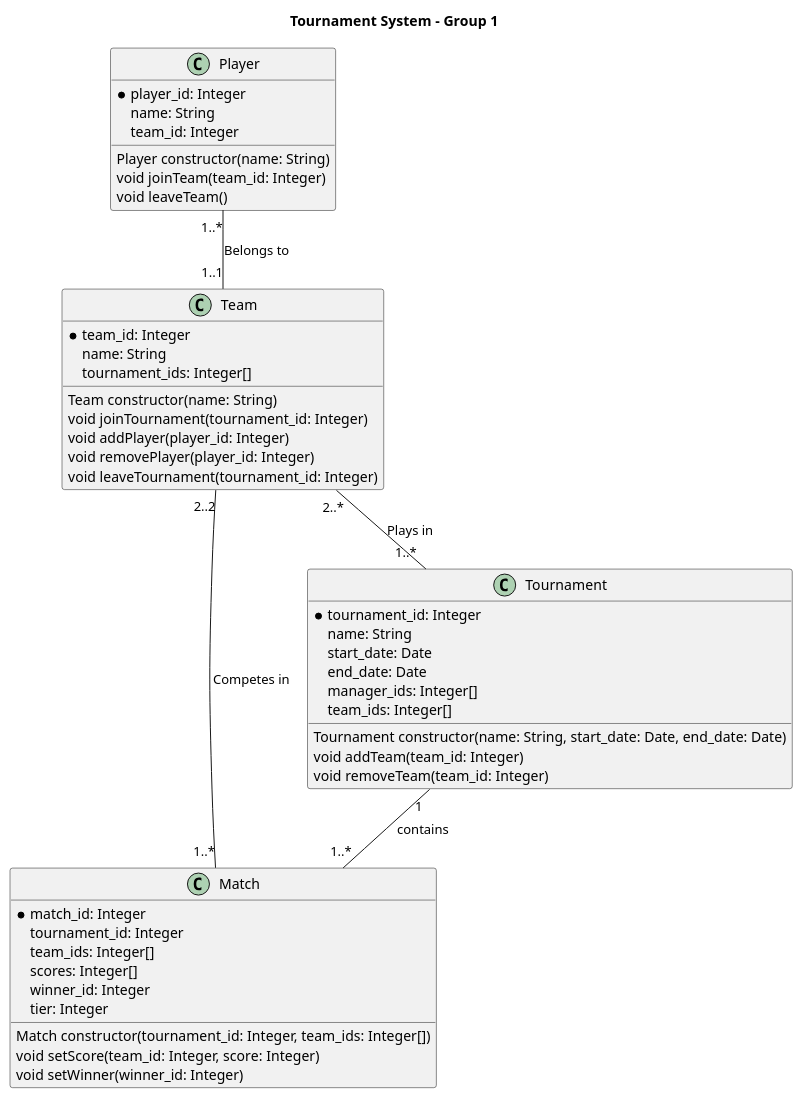
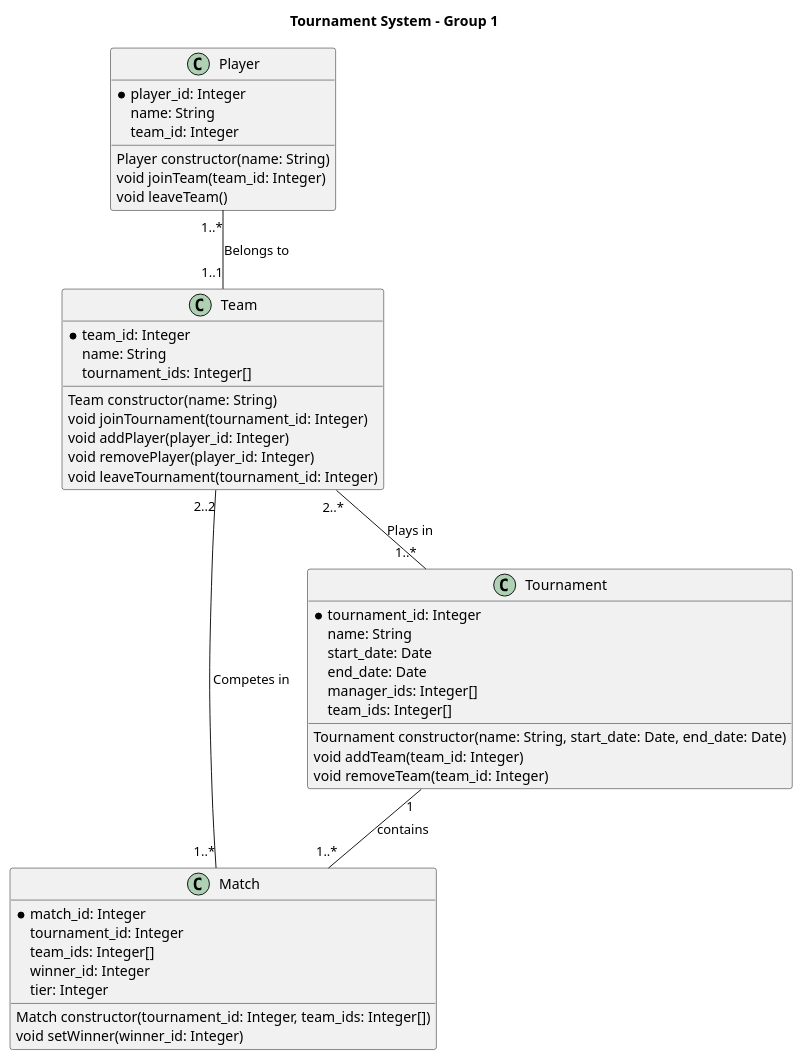
The diagram in documentation/classDiagram.puml (felixalbrigtsen/asura-tmdb), drawn with PlantUML before and after one commit. The commit also changed 1 other file, not shown here.

Commit message:
Update diagrams after superviser feedback

```diff
--- a/documentation/classDiagram.puml
+++ b/documentation/classDiagram.puml
@@ -1,60 +1,58 @@
 @startuml Tournament System
 ' Internal development class diagram
 ' Describes database fields and object methods required
 title Tournament System - Group 1 
 
 class Match {
     *match_id: Integer
     tournament_id: Integer
     team_ids: Integer[]
-    scores: Integer[]
     winner_id: Integer
     tier: Integer
 
     Match constructor(tournament_id: Integer, team_ids: Integer[])
-    void setScore(team_id: Integer, score: Integer)
     void setWinner(winner_id: Integer)
 }
 class Team {
     *team_id: Integer
     name: String
     tournament_ids: Integer[]
 
     Team constructor(name: String)
     void joinTournament(tournament_id: Integer)
     void addPlayer(player_id: Integer)
     void removePlayer(player_id: Integer)
     void leaveTournament(tournament_id: Integer)
 }
 class Player {
     *player_id: Integer
     name: String
     team_id: Integer
 
 
     Player constructor(name: String)
     void joinTeam(team_id: Integer)
     void leaveTeam()
 }
 
 class Tournament {
     *tournament_id: Integer
     name: String
     start_date: Date
     end_date: Date
     manager_ids: Integer[]
     team_ids: Integer[]
 
     Tournament constructor(name: String, start_date: Date, end_date: Date)
     void addTeam(team_id: Integer)
     void removeTeam(team_id: Integer)
 }
 
 
 Team "2..*" -- "1..*" Tournament : "Plays in"
 Tournament "1" -- "1..*" Match : contains
 Player "1..*" -- "1..1" Team : "Belongs to"
 Team "2..2" -- "1..*" Match : "Competes in"
 
 
 @enduml
```
